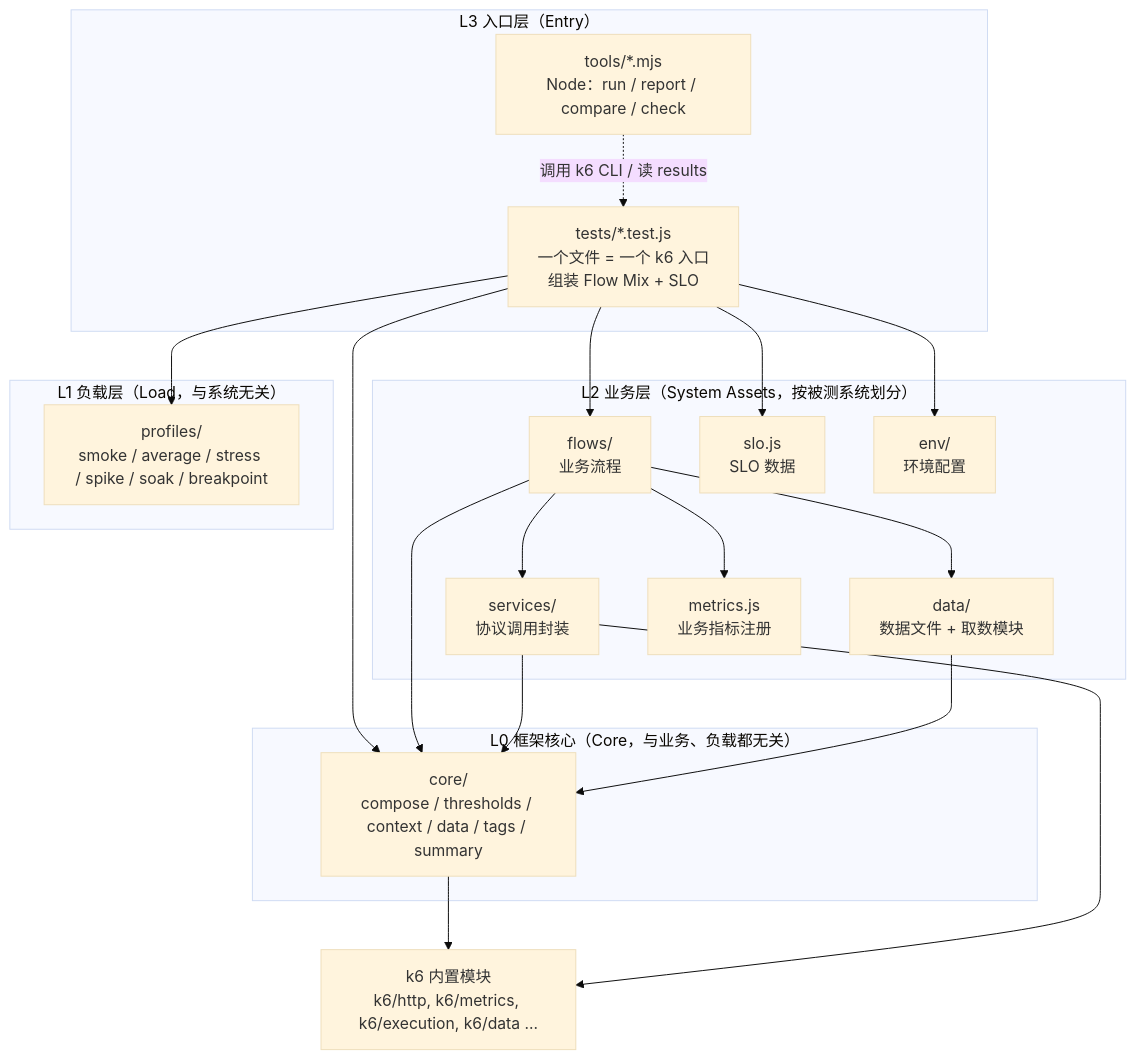
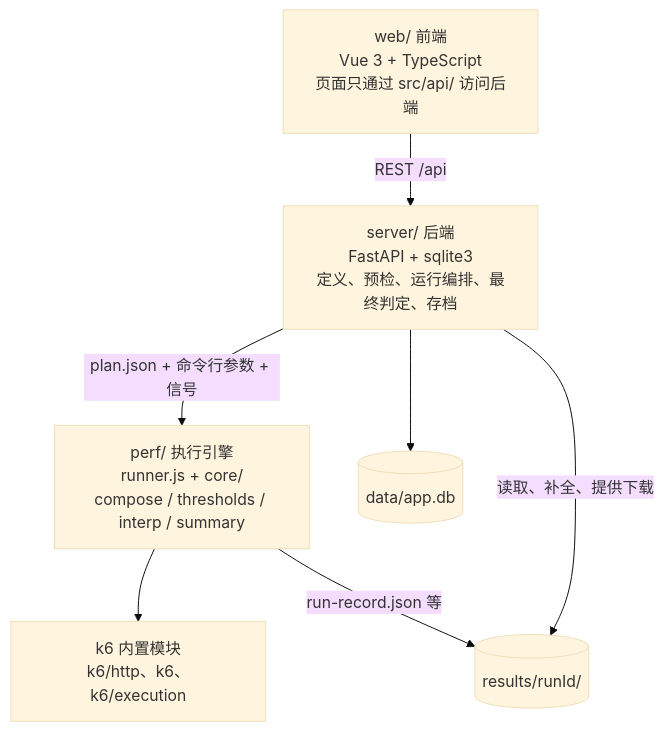
The sixth of 8 diagrams in docs/ARCHITECTURE.md (Leibiner/AI-Performance-Engineering), drawn with Mermaid (base theme) before and after one commit. The commit also changed other lines of this file and 11 other files, not shown here.

First line of the commit message:
docs: sync architecture docs with the MVP implementation

````diff
--- a/docs/ARCHITECTURE.md
+++ b/docs/ARCHITECTURE.md
@@ -592,30 +656,16 @@
 ```mermaid
 flowchart TB
-    subgraph L3["L3 入口层（Entry）"]
-        TESTS["tests/*.test.js<br/>一个文件 = 一个 k6 入口<br/>组装 Flow Mix + SLO"]
-        TOOLS["tools/*.mjs<br/>Node：run / report / compare / check"]
-    end
-    subgraph L2["L2 业务层（System Assets，按被测系统划分）"]
-        FLOWS["flows/<br/>业务流程"]
-        SERVICES["services/<br/>协议调用封装"]
-        DATA["data/<br/>数据文件 + 取数模块"]
-        METRICS["metrics.js<br/>业务指标注册"]
-        SLO["slo.js<br/>SLO 数据"]
-        ENV["env/<br/>环境配置"]
-    end
-    subgraph L1["L1 负载层（Load，与系统无关）"]
-        PROFILES["profiles/<br/>smoke / average / stress / spike / soak / breakpoint"]
-    end
-    subgraph L0["L0 框架核心（Core，与业务、负载都无关）"]
-        CORE["core/<br/>compose / thresholds / context / data / tags / summary"]
-    end
-    K6MOD["k6 内置模块<br/>k6/http, k6/metrics, k6/execution, k6/data ..."]
+    WEB["web/ 前端<br/>Vue 3 + TypeScript<br/>页面只通过 src/api/ 访问后端"]
+    SERVER["server/ 后端<br/>FastAPI + sqlite3<br/>定义、预检、运行编排、最终判定、存档"]
+    PERF["perf/ 执行引擎<br/>runner.js + core/<br/>compose / thresholds / interp / summary"]
+    K6MOD["k6 内置模块<br/>k6/http、k6、k6/execution"]
+    DB[("data/app.db")]
+    RES[("results/runId/")]
 
-    TESTS --> FLOWS & SLO & PROFILES & CORE & ENV
-    FLOWS --> SERVICES & DATA & METRICS & CORE
-    SERVICES --> CORE
-    DATA --> CORE
-    CORE --> K6MOD
-    SERVICES --> K6MOD
-    TOOLS -.调用 k6 CLI / 读 results.-> TESTS
+    WEB -->|REST /api| SERVER
+    SERVER --> DB
+    SERVER -->|plan.json + 命令行参数 + 信号| PERF
+    PERF --> K6MOD
+    PERF -->|run-record.json 等| RES
+    SERVER -->|读取、补全、提供下载| RES
 ```
````
